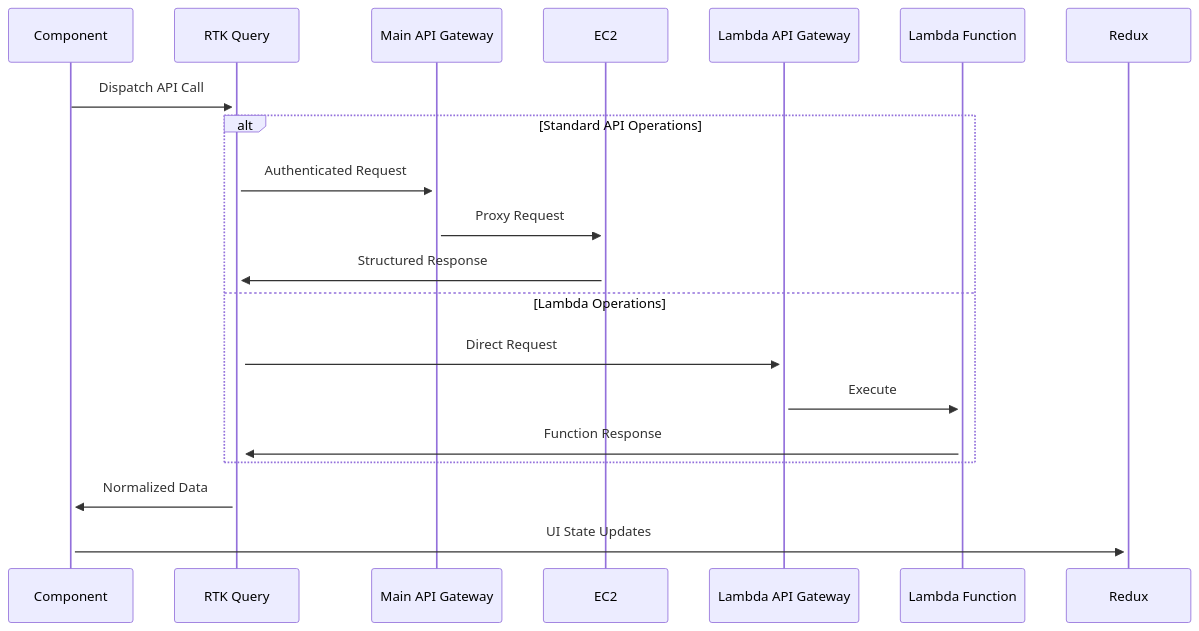
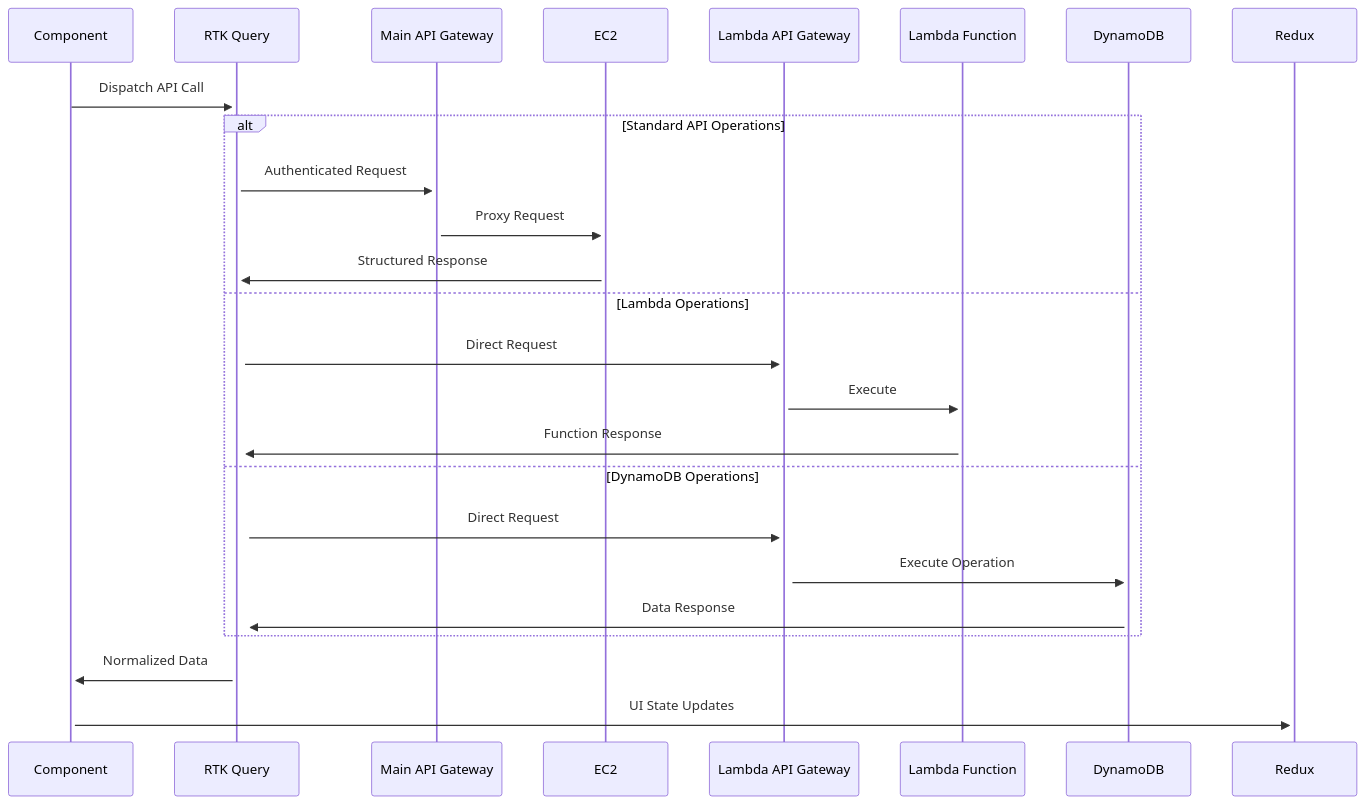
One commit to Huey-Magoos-IT/magooos-site changed the second of 2 diagrams in client/CLIENT_GUIDE.md. Above: the diagram before and after it, drawn with Mermaid. The commit also changed other lines of this file and 4 other files, not shown here.

````diff
--- a/client/CLIENT_GUIDE.md
+++ b/client/CLIENT_GUIDE.md
@@ -155,15 +162,19 @@
 ```mermaid
 sequenceDiagram
     Component->>+RTK Query: Dispatch API Call
     alt Standard API Operations
         RTK Query->>+Main API Gateway: Authenticated Request
         Main API Gateway->>+EC2: Proxy Request
         EC2->>+RTK Query: Structured Response
     else Lambda Operations
         RTK Query->>+Lambda API Gateway: Direct Request
         Lambda API Gateway->>+Lambda Function: Execute
         Lambda Function->>+RTK Query: Function Response
+    else DynamoDB Operations
+        RTK Query->>+Lambda API Gateway: Direct Request
+        Lambda API Gateway->>+DynamoDB: Execute Operation
+        DynamoDB->>+RTK Query: Data Response
     end
     RTK Query->>+Component: Normalized Data
     Component->>+Redux: UI State Updates
 ```
````
